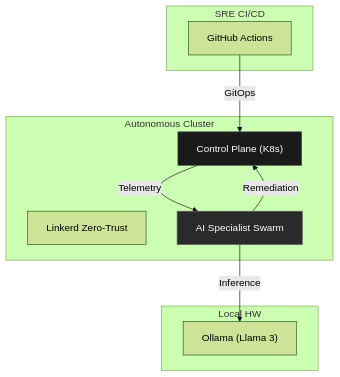
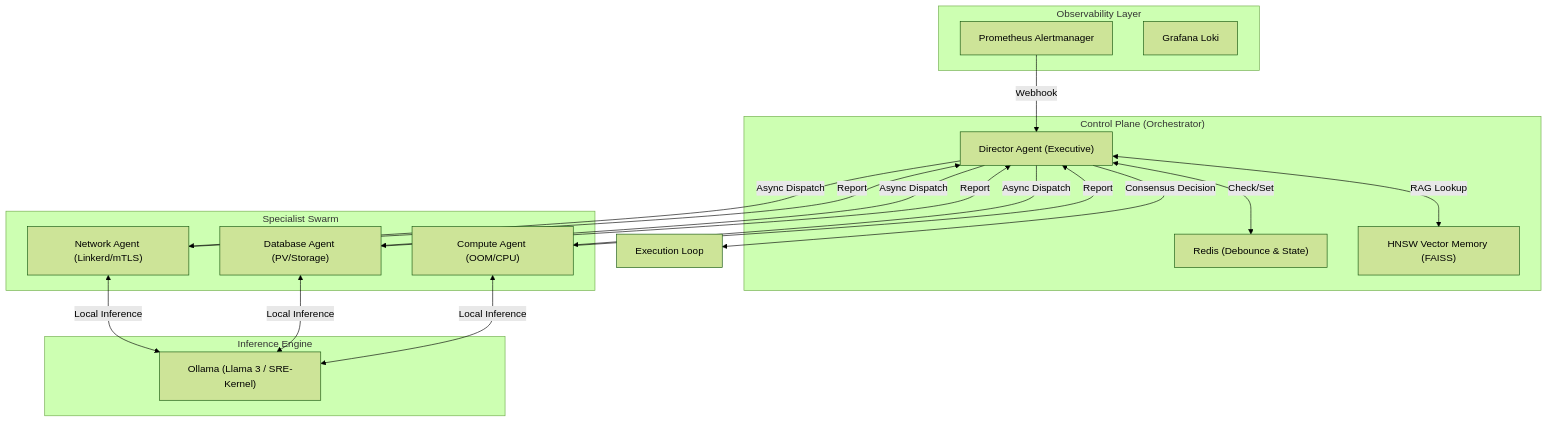
Before and after one commit to fbscotta369/ai4all-sre: the first of 2 diagrams in README.md, drawn with Mermaid (forest theme). The commit also changed other lines of this file and 1 other file, not shown here.

Commit message:
docs: enhanced architecture diagrams and technical glossary

````diff
--- a/README.md
+++ b/README.md
@@ -22,23 +23,31 @@
 ```mermaid
-graph TD
-    subgraph "SRE CI/CD"
-        GA["GitHub Actions"]
+graph TB
+    subgraph "Observability Layer"
+        ALM["Prometheus Alertmanager"]
+        LOKI["Grafana Loki"]
     end
 
-    subgraph "Autonomous Cluster"
-        CP["Control Plane (K8s)"]
-        Mesh["Linkerd Zero-Trust"]
-        MAS["AI Specialist Swarm"]
+    subgraph "Control Plane (Orchestrator)"
+        DIR["Director Agent (Executive)"]
+        RED["Redis (Debounce & State)"]
+        FAISS["HNSW Vector Memory (FAISS)"]
     end
 
-    subgraph "Local HW"
-        GPU["Ollama (Llama 3)"]
+    subgraph "Specialist Swarm"
+        NET["Network Agent (Linkerd/mTLS)"]
+        DB["Database Agent (PV/Storage)"]
+        COMP["Compute Agent (OOM/CPU)"]
     end
 
-    GA -->|GitOps| CP
-    CP -->|Telemetry| MAS
-    MAS -->|Inference| GPU
-    MAS -->|Remediation| CP
-    style CP fill:#1a1a1a,stroke:#4a4a4a,color:#fff
-    style MAS fill:#2a2a2a,stroke:#6a6a6a,color:#fff
+    subgraph "Inference Engine"
+        OLL["Ollama (Llama 3 / SRE-Kernel)"]
+    end
+
+    ALM -->|Webhook| DIR
+    DIR <-->|Check/Set| RED
+    DIR -->|Async Dispatch| NET & DB & COMP
+    NET & DB & COMP <-->|Local Inference| OLL
+    DIR <-->|RAG Lookup| FAISS
+    NET & DB & COMP -->|Report| DIR
+    DIR -->|Consensus Decision| EXEC["Execution Loop"]
 ```
````
